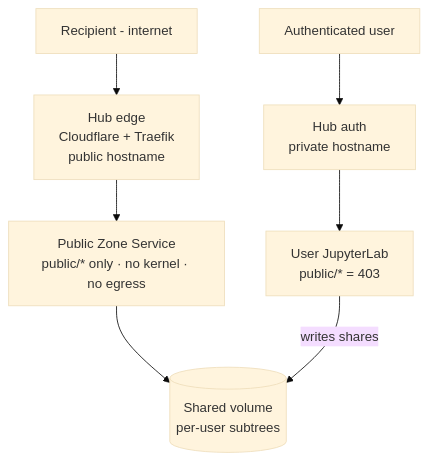
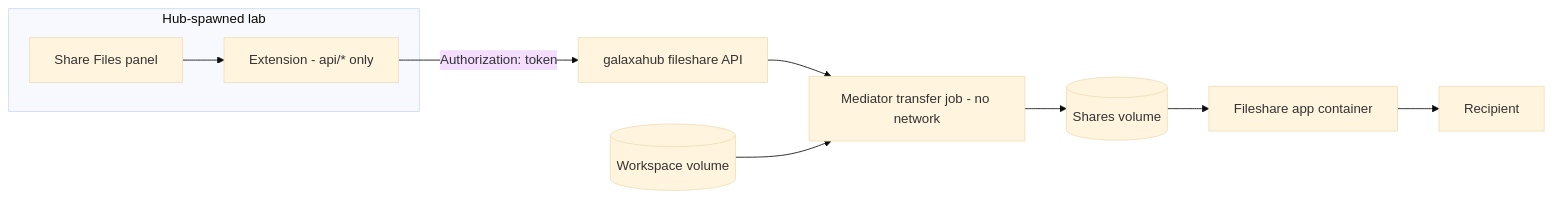
Before and after one commit to stellarshenson/jupyterlab_share_files_extension: the diagram in docs/design-hub-public-zone.md, drawn with Mermaid (base theme). The commit also changed other lines of this file and 35 other files, not shown here.

First line of the commit message:
feat: reconcile hub mode with galaxahub v4.4.56

````diff
--- a/docs/design-hub-public-zone.md
+++ b/docs/design-hub-public-zone.md
@@ -48,14 +20,17 @@
 ```mermaid
-flowchart TB
-  R[Recipient - internet]
-  E[Hub edge<br/>Cloudflare + Traefik<br/>public hostname]
-  Z[Public Zone Service<br/>public/* only · no kernel · no egress]
-  V[(Shared volume<br/>per-user subtrees)]
-  U[User JupyterLab<br/>public/* = 403]
-  A[Authenticated user]
-  H[Hub auth<br/>private hostname]
-
-  R --> E --> Z --> V
-  A --> H --> U
-  U -- writes shares --> V
+flowchart LR
+  subgraph lab[Hub-spawned lab]
+    P[Share Files panel]
+    X[Extension - api/* only]
+  end
+  H[galaxahub fileshare API]
+  M[Mediator transfer job - no network]
+  V[(Shares volume)]
+  W[(Workspace volume)]
+  A[Fileshare app container]
+  R[Recipient]
+  P --> X -- "Authorization: token" --> H
+  H --> M
+  W --> M --> V
+  V --> A --> R
 ```
````
